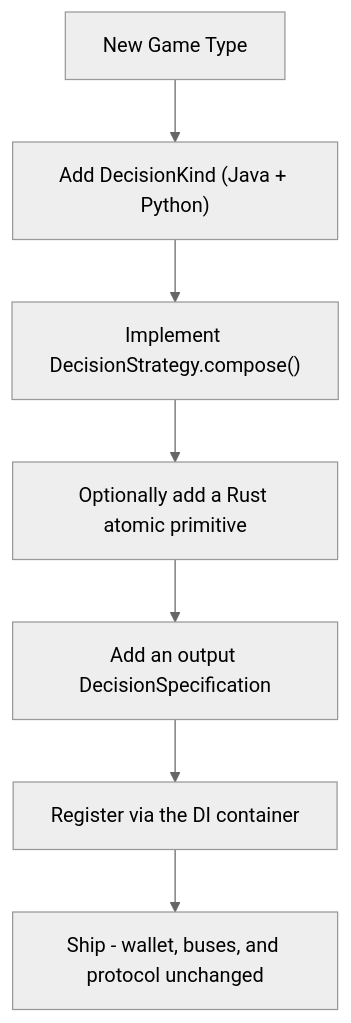
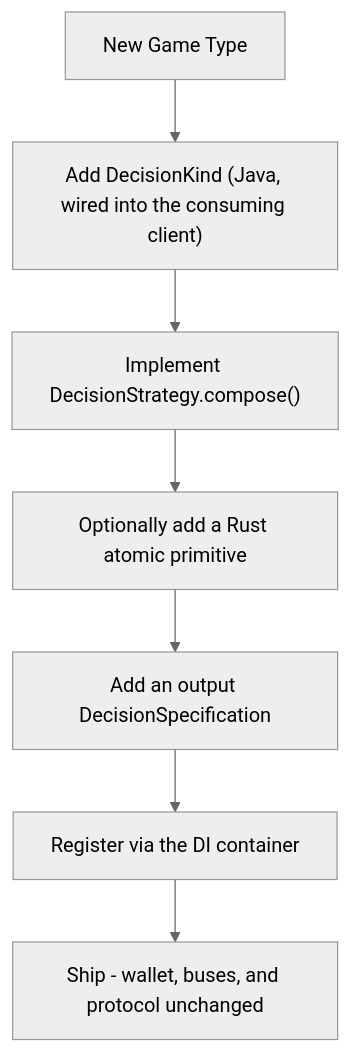
Before and after one commit to TrevorKinsie/boom-bot: the third of 3 diagrams in decision-engine/SCALING.md, drawn with Mermaid (neutral theme). The commit also changed other lines of this file and 208 other files, not shown here.

````diff
--- a/decision-engine/SCALING.md
+++ b/decision-engine/SCALING.md
@@ -170,10 +160,10 @@
 ```mermaid
 flowchart TD
     NEW["New Game Type"]
-    NEW --> K["Add DecisionKind (Java + Python)"]
+    NEW --> K["Add DecisionKind (Java, wired into the consuming client)"]
     K --> S["Implement DecisionStrategy.compose()"]
     S --> P["Optionally add a Rust atomic primitive"]
     P --> SPEC["Add an output DecisionSpecification"]
     SPEC --> DI["Register via the DI container"]
     DI --> SHIP["Ship - wallet, buses, and protocol unchanged"]
 ```
````
